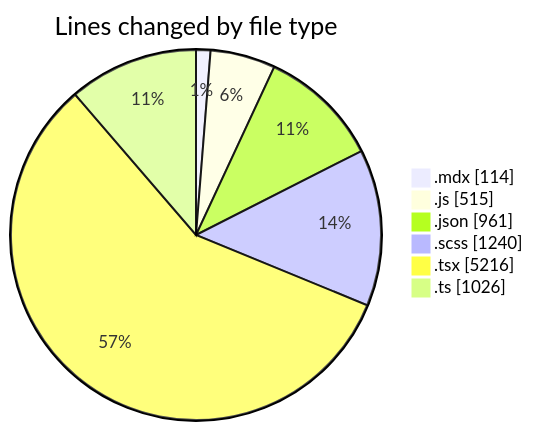
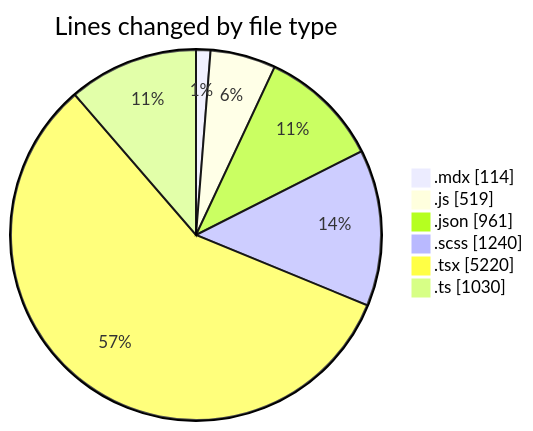
The first of 2 diagrams in 2026-08-13/cda/README.md (momahboobian/code-tracking), drawn with Mermaid before and after one commit. The commit also changed other lines of this file and 1 other file, not shown here.

````diff
--- a/2026-08-13/cda/README.md
+++ b/2026-08-13/cda/README.md
@@ -46,10 +46,10 @@
 ```mermaid
 pie showData
 title Lines changed by file type
 ".mdx" : 114
-".js" : 515
+".js" : 519
 ".json" : 961
 ".scss" : 1240
-".tsx" : 5216
-".ts" : 1026
+".tsx" : 5220
+".ts" : 1030
 ```
````
